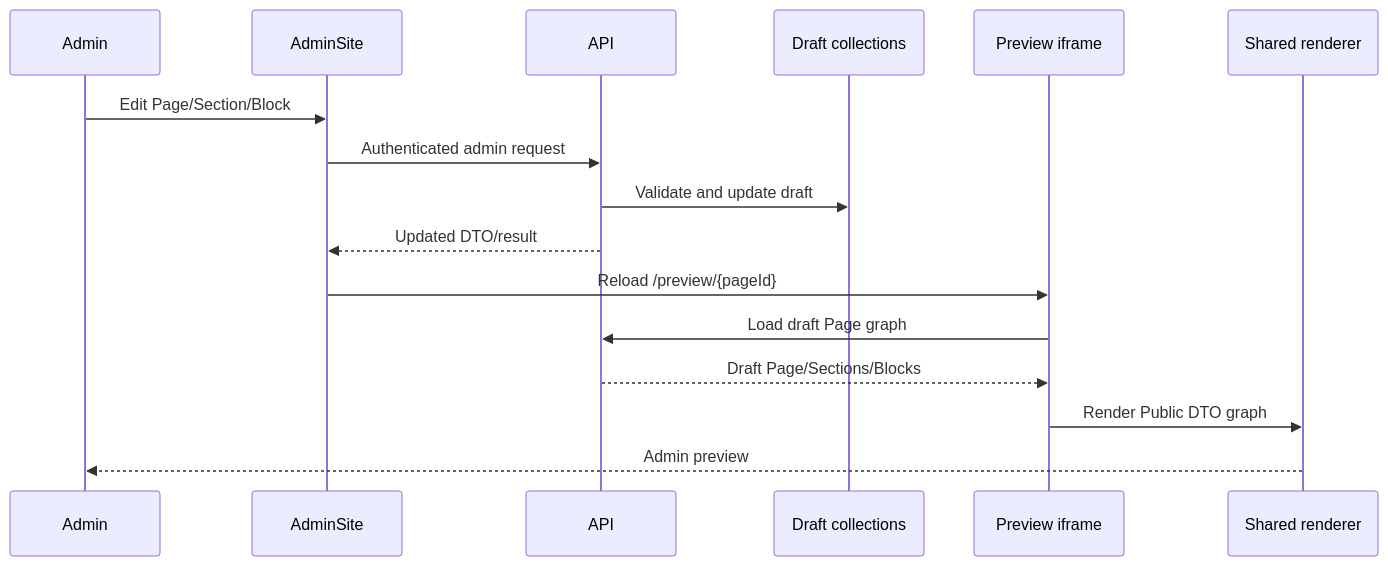
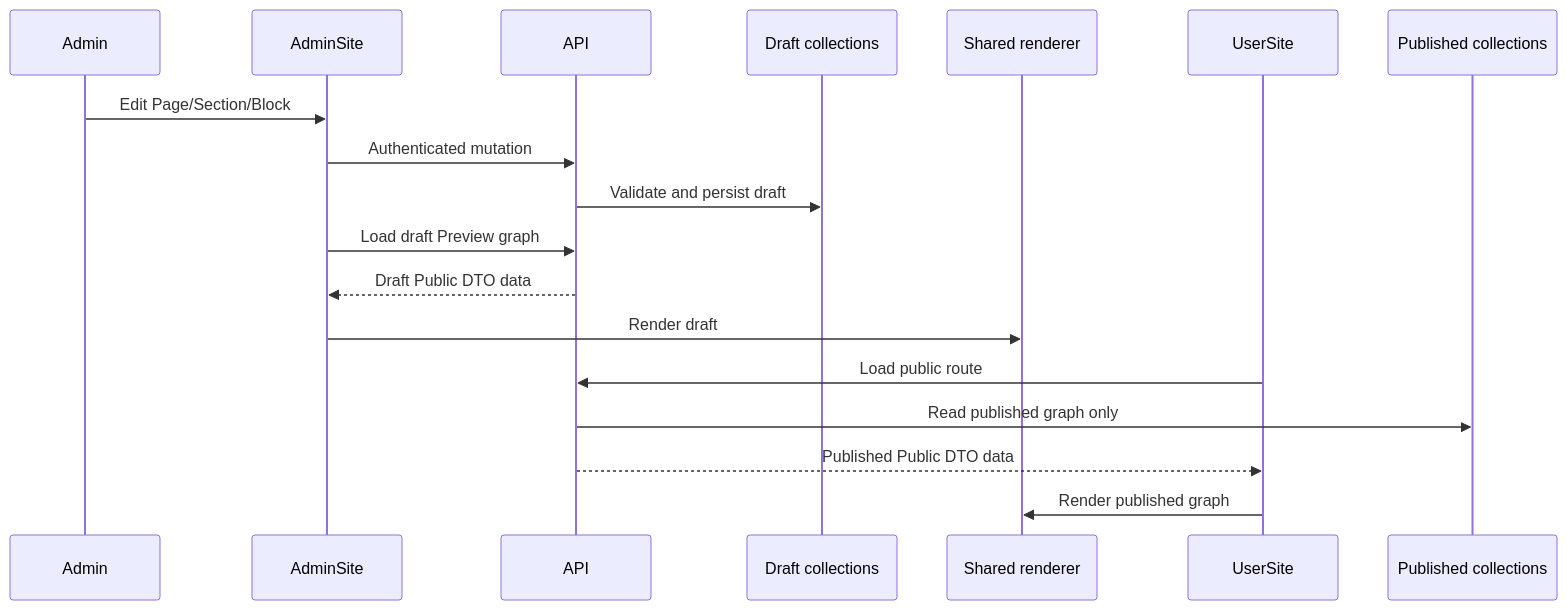
The first of 3 diagrams in Docs/ProjectHandoff/03-DATA-WORKFLOWS-AND-INVARIANTS.md (PHX-LVT/UnIWeb), drawn with Mermaid before and after one commit. The commit also changed other lines of this file and 105 other files, not shown here.

````diff
--- a/Docs/ProjectHandoff/03-DATA-WORKFLOWS-AND-INVARIANTS.md
+++ b/Docs/ProjectHandoff/03-DATA-WORKFLOWS-AND-INVARIANTS.md
@@ -44,19 +43,21 @@
 ```mermaid
 sequenceDiagram
     participant A as Admin
     participant AF as AdminSite
     participant API as API
     participant D as Draft collections
-    participant P as Preview iframe
-    participant S as Shared renderer
+    participant PR as Shared renderer
+    participant U as UserSite
+    participant P as Published collections
 
     A->>AF: Edit Page/Section/Block
-    AF->>API: Authenticated admin request
-    API->>D: Validate and update draft
-    API-->>AF: Updated DTO/result
-    AF->>P: Reload /preview/{pageId}
-    P->>API: Load draft Page graph
-    API-->>P: Draft Page/Sections/Blocks
-    P->>S: Render Public DTO graph
-    S-->>A: Admin preview
+    AF->>API: Authenticated mutation
+    API->>D: Validate and persist draft
+    AF->>API: Load draft Preview graph
+    API-->>AF: Draft Public DTO data
+    AF->>PR: Render draft
+    U->>API: Load public route
+    API->>P: Read published graph only
+    API-->>U: Published Public DTO data
+    U->>PR: Render published graph
 ```
````
